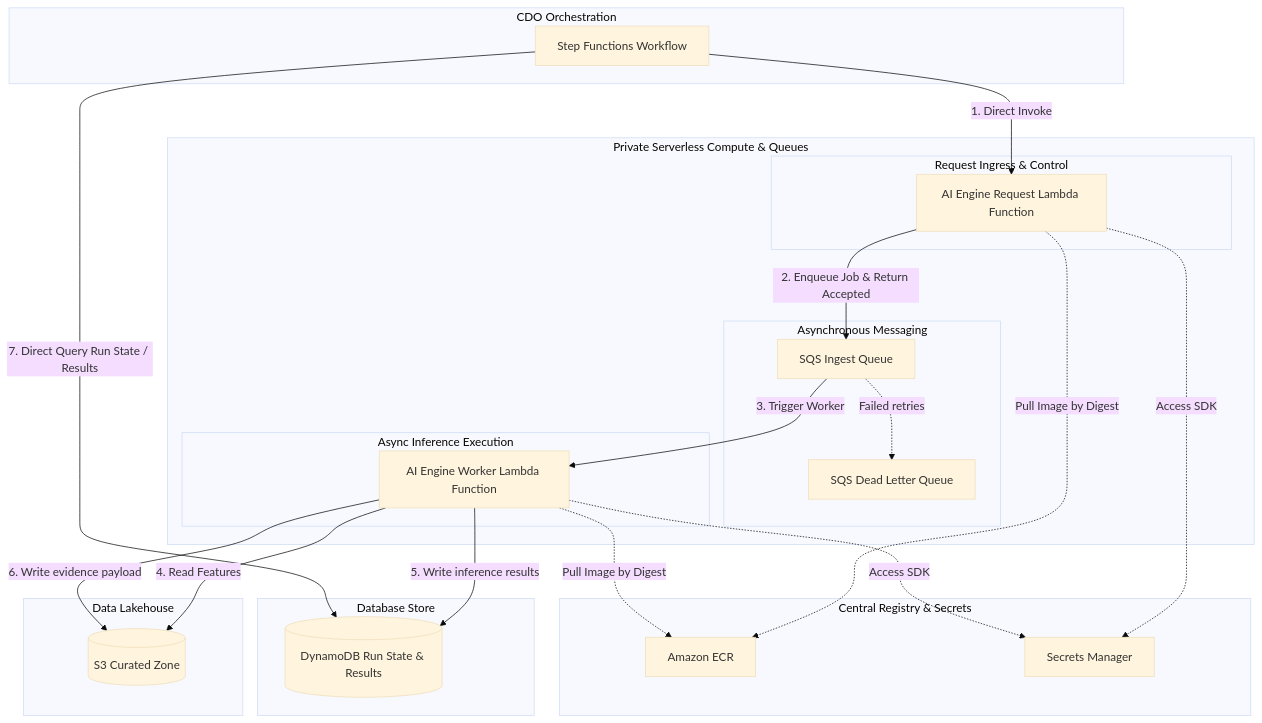
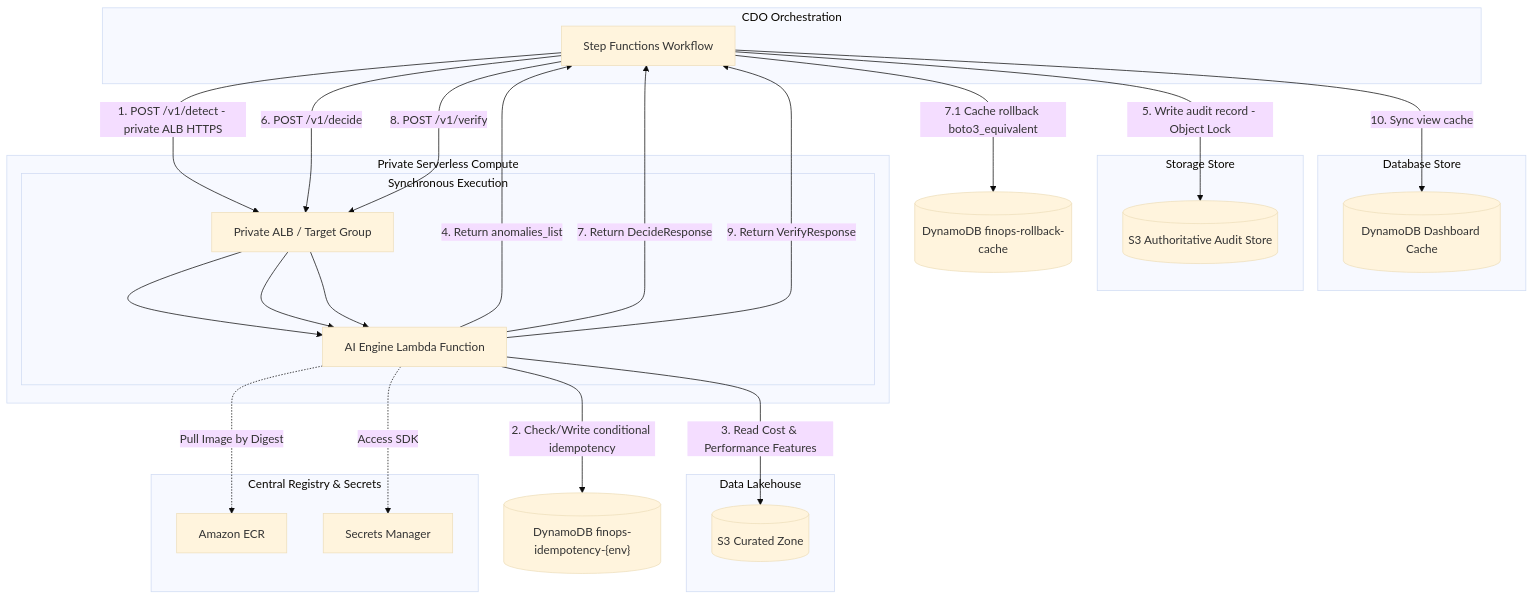
Before and after one commit to hungxqt/tf2-finops-iac: the fourth of 6 diagrams in docs/tf2-finops/02_infra_design.md, drawn with Mermaid (base theme). The commit also changed other lines of this file and 65 other files, not shown here.

````diff
--- a/docs/tf2-finops/02_infra_design.md
+++ b/docs/tf2-finops/02_infra_design.md
@@ -182,49 +179,49 @@
 ```mermaid
 graph TB
     subgraph "CDO Orchestration"
         SF[Step Functions Workflow]
     end
 
     subgraph "Data Lakehouse"
-        CuratedS3[(S3 Curated Zone)]
+        CuratedS3[("S3 Curated Zone")]
     end
 
     subgraph "Database Store"
-        DDB[(DynamoDB Run State & Results)]
+        DDB[("DynamoDB Dashboard Cache")]
     end
 
-    subgraph "Private Serverless Compute & Queues"
-        subgraph "Request Ingress & Control"
-            Request[AI Engine Request Lambda Function]
-        end
+    subgraph "Storage Store"
+        S3Audit[("S3 Authoritative Audit Store")]
+    end
 
-        subgraph "Asynchronous Messaging"
-            SQS[SQS Ingest Queue]
-            DLQ[SQS Dead Letter Queue]
-        end
-
-        subgraph "Async Inference Execution"
-            Worker[AI Engine Worker Lambda Function]
+    subgraph "Private Serverless Compute"
+        subgraph "Synchronous Execution"
+            ALB[Private ALB / Target Group]
+            AILambda[AI Engine Lambda Function]
         end
     end
     
     subgraph "Central Registry & Secrets"
         ECR[Amazon ECR]
         SM[Secrets Manager]
     end
 
     %% Flow
-    SF -->|1. Direct Invoke| Request
-    Request -->|2. Enqueue Job & Return Accepted| SQS
-    SQS -->|3. Trigger Worker| Worker
-    SQS -.->|Failed retries| DLQ
-    Worker -->|4. Read Features| CuratedS3
-    Worker -->|5. Write inference results| DDB
-    Worker -->|6. Write evidence payload| CuratedS3
-    SF -->|7. Direct Query Run State / Results| DDB
+    SF -->|1. POST /v1/detect - private ALB HTTPS| ALB
+    ALB --> AILambda
+    AILambda -->|2. Check/Write conditional idempotency| DDBIdempotency[("DynamoDB finops-idempotency-{env}")]
+    AILambda -->|3. Read Cost & Performance Features| CuratedS3
+    AILambda -->|4. Return anomalies_list| SF
+    SF -->|5. Write audit record - Object Lock| S3Audit
+    SF -->|6. POST /v1/decide| ALB
+    ALB --> AILambda
+    AILambda -->|7. Return DecideResponse| SF
+    SF -->|7.1 Cache rollback boto3_equivalent| DDBRollback[("DynamoDB finops-rollback-cache")]
+    SF -->|8. POST /v1/verify| ALB
+    ALB --> AILambda
+    AILambda -->|9. Return VerifyResponse| SF
+    SF -->|10. Sync view cache| DDB
     
-    Request -.->|Pull Image by Digest| ECR
-    Worker -.->|Pull Image by Digest| ECR
-    Request -.->|Access SDK| SM
-    Worker -.->|Access SDK| SM
+    AILambda -.->|Pull Image by Digest| ECR
+    AILambda -.->|Access SDK| SM
 ```
````
